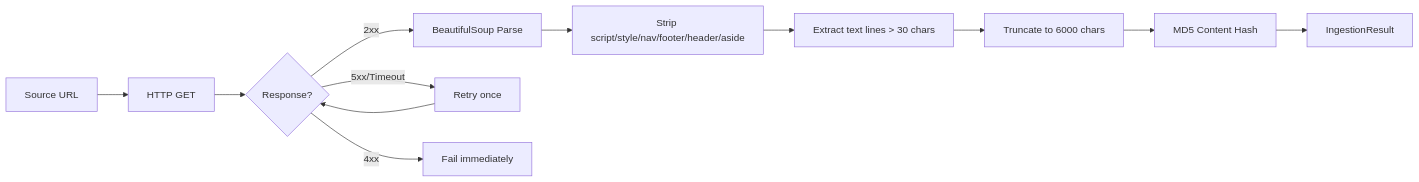
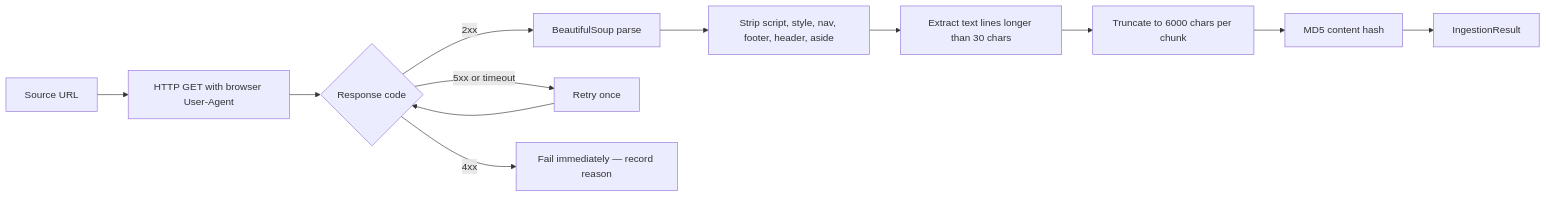
One commit to guptashivansh/country-guide-reconciliation changed the first of 2 diagrams in docs/modules/ingestion.md. Above: the diagram before and after it, drawn with Mermaid. The commit also changed other lines of this file and 12 other files, not shown here.

````diff
--- a/docs/modules/ingestion.md
+++ b/docs/modules/ingestion.md
@@ -45,14 +23,14 @@
 ```mermaid
 flowchart LR
-    A[Source URL] --> B[HTTP GET]
-    B --> C{Response?}
-    C -- 2xx --> D[BeautifulSoup Parse]
-    C -- 5xx/Timeout --> E[Retry once]
-    C -- 4xx --> F[Fail immediately]
+    A[Source URL] --> B[HTTP GET with browser User-Agent]
+    B --> C{Response code}
+    C -- 2xx --> D[BeautifulSoup parse]
+    C -- 5xx or timeout --> E[Retry once]
+    C -- 4xx --> F[Fail immediately — record reason]
     E --> C
-    D --> G[Strip script/style/nav/footer/header/aside]
-    G --> H[Extract text lines > 30 chars]
-    H --> I[Truncate to 6000 chars]
-    I --> J[MD5 Content Hash]
+    D --> G[Strip script, style, nav, footer, header, aside]
+    G --> H[Extract text lines longer than 30 chars]
+    H --> I[Truncate to 6000 chars per chunk]
+    I --> J[MD5 content hash]
     J --> K[IngestionResult]
 ```
````
